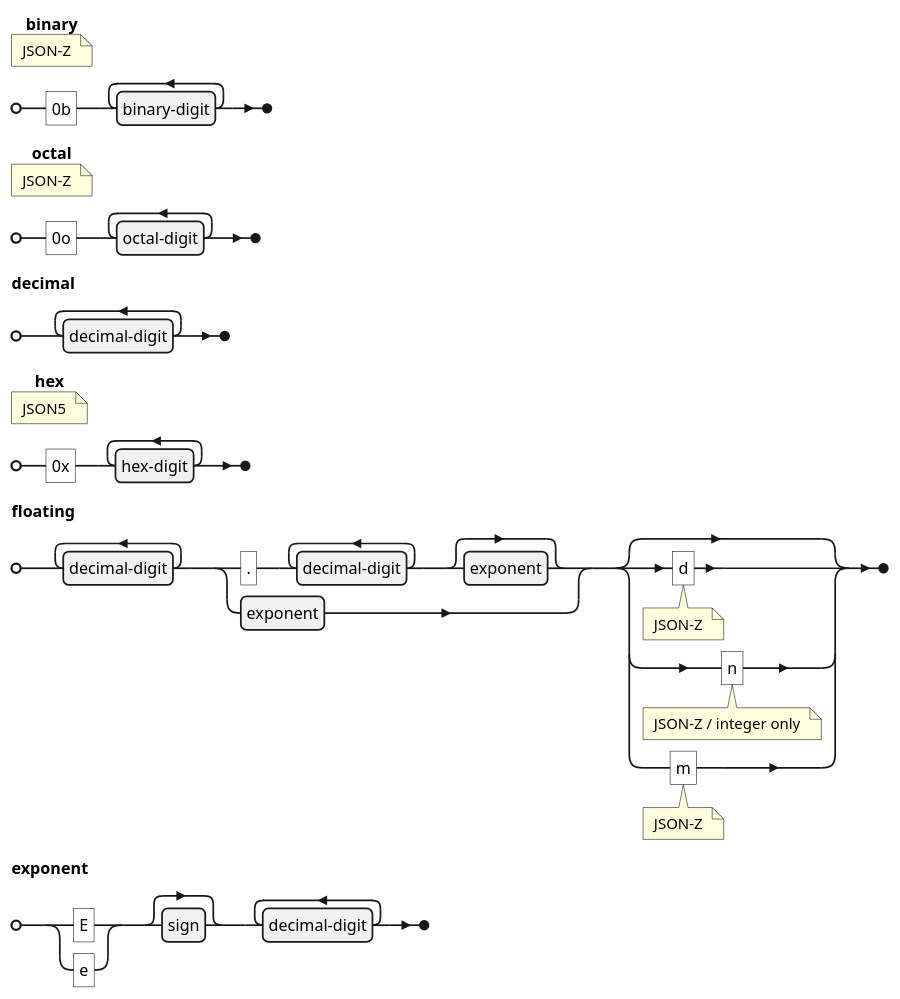
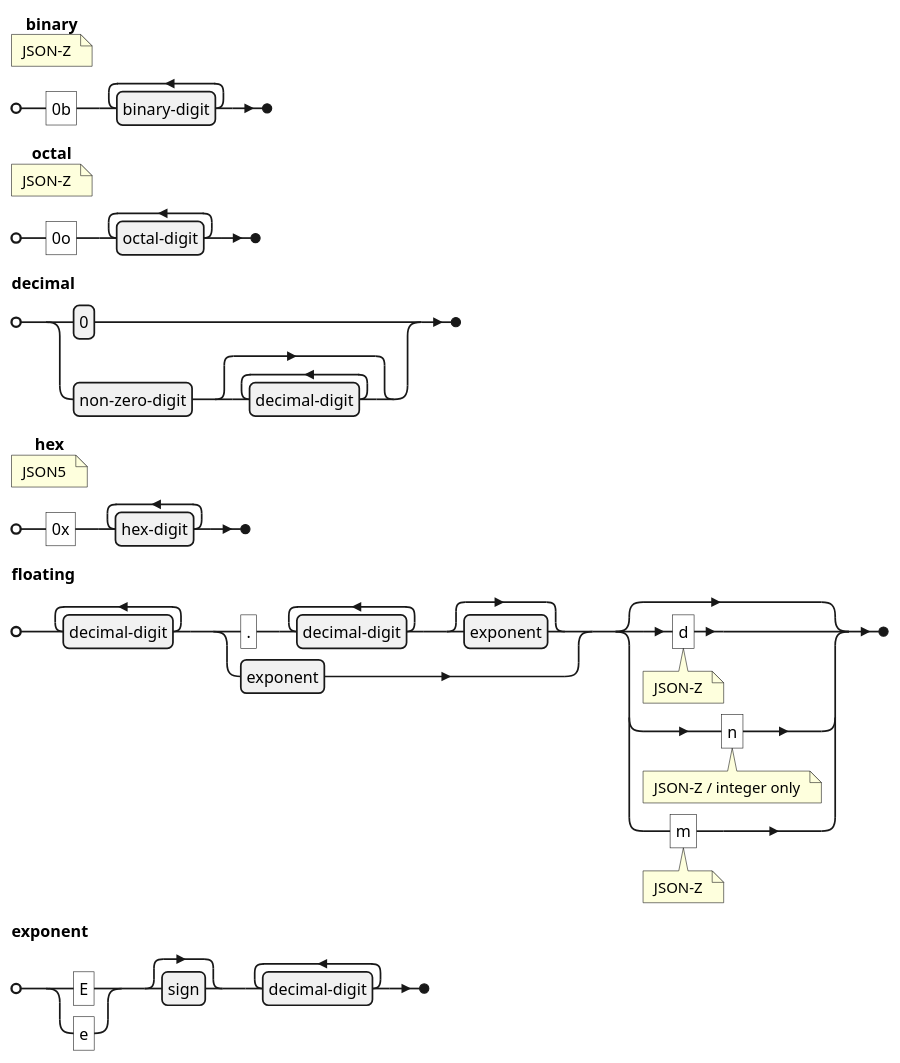
One commit to kshetline/json-z changed the fourth of 7 diagrams in GRAMMAR.md. Above: the diagram before and after it, drawn with PlantUML. The commit also changed other lines of this file and 13 other files, not shown here.

````diff
--- a/GRAMMAR.md
+++ b/GRAMMAR.md
@@ -135,17 +135,17 @@
 ```plantuml
 @startebnf
 
 binary (* JSON-Z *) = "0b", { binary-digit}- ;
 
 octal (* JSON-Z *) = "0o", { octal-digit }- ;
 
-decimal = { decimal-digit }- ;
+decimal = 0 | non-zero-digit, { decimal-digit } ;
 
 hex (* JSON5 *) = "0x", { hex-digit }- ;
 
 floating = { decimal-digit }-, ( ( ".", { decimal-digit }-, [ exponent ]) | ( exponent ) ), [ "d" (* JSON-Z *) | "n" (* JSON-Z / integer only *) | "m" (* JSON-Z *) ] ;
 
 exponent = ("E" | 'e'), [ sign ], { decimal-digit }- ;
 
 @endebnf
 ```
````
